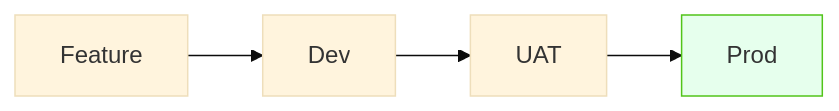
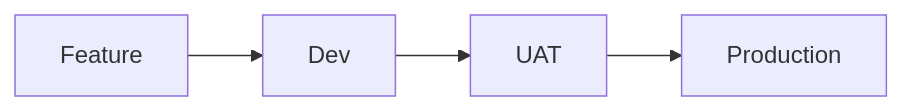
The first of 3 diagrams in EXPLANATIONS.md (LZ26/professional-highlights), drawn with Mermaid before and after one commit. The commit also changed other lines of this file, not shown here.

````diff
--- a/EXPLANATIONS.md
+++ b/EXPLANATIONS.md
@@ -4,6 +5,4 @@
-```mermaid
-%%{init: {'theme':'base'}}%% 
-flowchart LR
-    F[Feature] --> D[Dev] --> U[UAT] --> P[Prod]
-    style P fill:#e6ffed,stroke:#52c41a
-```
+```mermaid  
+flowchart LR  
+    F[Feature] --> D[Dev] --> U[UAT] --> P[Production]  
+```  
````
